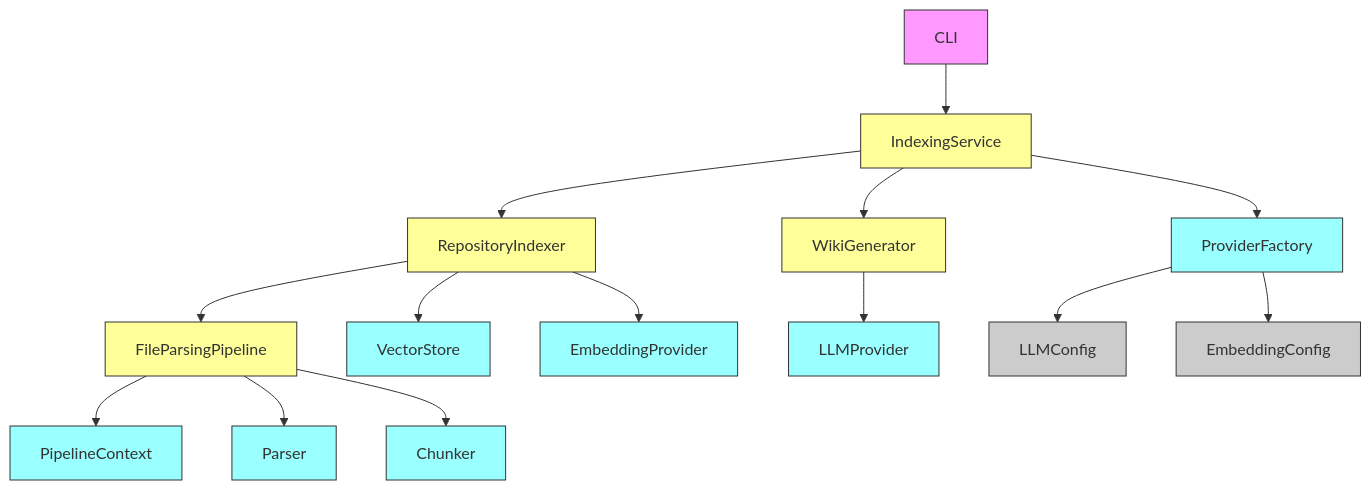
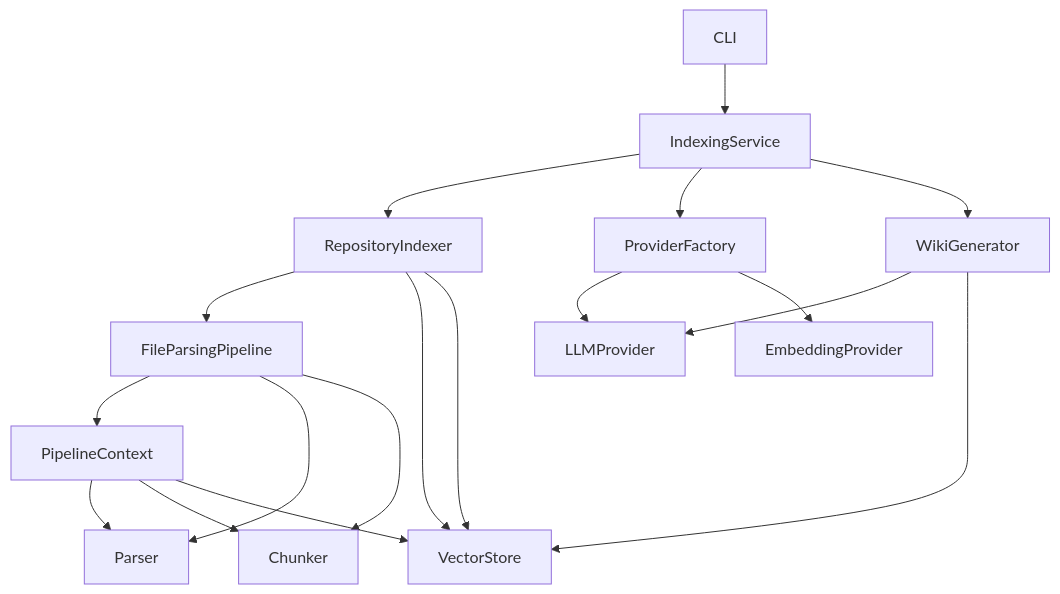
Before and after one commit to UrbanDiver/local-deepwiki-mcp: the diagram in .deepwiki/architecture.md, drawn with Mermaid. The commit also changed other lines of this file and 84 other files, not shown here.

````diff
--- a/.deepwiki/architecture.md
+++ b/.deepwiki/architecture.md
@@ -47,31 +65,20 @@
 ```mermaid
 graph TD
     A[CLI] --> B[IndexingService]
     B --> C[RepositoryIndexer]
-    C --> D[FileParsingPipeline]
-    D --> E[PipelineContext]
-    C --> F[VectorStore]
-    B --> G[WikiGenerator]
-    G --> H[LLMProvider]
-    B --> I[ProviderFactory]
-    I --> J[LLMConfig]
-    I --> K[EmbeddingConfig]
-    C --> L[EmbeddingProvider]
-    D --> M[Parser]
-    D --> N[Chunker]
-    
-    style A fill:#f9f,stroke:#333
-    style B fill:#ff9,stroke:#333
-    style C fill:#ff9,stroke:#333
-    style D fill:#ff9,stroke:#333
-    style E fill:#9ff,stroke:#333
-    style F fill:#9ff,stroke:#333
-    style G fill:#ff9,stroke:#333
-    style H fill:#9ff,stroke:#333
-    style I fill:#9ff,stroke:#333
-    style J fill:#ccc,stroke:#333
-    style K fill:#ccc,stroke:#333
-    style L fill:#9ff,stroke:#333
-    style M fill:#9ff,stroke:#333
-    style N fill:#9ff,stroke:#333
+    B --> D[ProviderFactory]
+    B --> E[WikiGenerator]
+    C --> F[FileParsingPipeline]
+    C --> G[VectorStore]
+    F --> H[PipelineContext]
+    F --> I[Parser]
+    F --> J[Chunker]
+    D --> K[LLMProvider]
+    D --> L[EmbeddingProvider]
+    H --> I
+    H --> J
+    H --> G
+    E --> K
+    E --> G
+    C --> G
 ```
````
